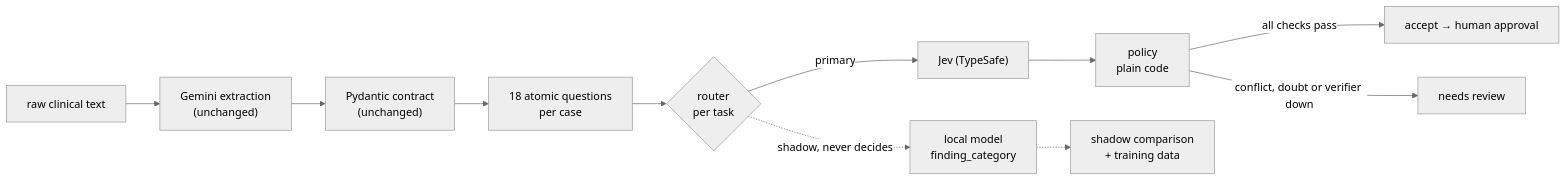
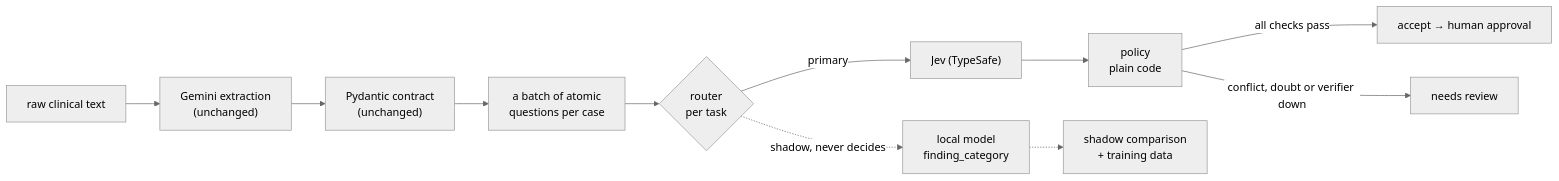
One commit to Sskutushev/eximion-clinical-case-platform changed the diagram in docs/DECISION_MODEL_MIGRATION.md. Above: the diagram before and after it, drawn with Mermaid (neutral theme). The commit also changed other lines of this file and 5 other files, not shown here.

````diff
--- a/docs/DECISION_MODEL_MIGRATION.md
+++ b/docs/DECISION_MODEL_MIGRATION.md
@@ -63,13 +63,13 @@
 ```mermaid
 flowchart LR
     RAW["raw clinical text"] --> GEM["Gemini extraction<br/>(unchanged)"]
     GEM --> PYD["Pydantic contract<br/>(unchanged)"]
-    PYD --> Q["18 atomic questions<br/>per case"]
+    PYD --> Q["a batch of atomic<br/>questions per case"]
     Q --> R{"router<br/>per task"}
     R -->|primary| JEV["Jev (TypeSafe)"]
     R -.->|shadow, never decides| LOC["local model<br/>finding_category"]
     JEV --> POL["policy<br/>plain code"]
     POL -->|"all checks pass"| ACC["accept → human approval"]
     POL -->|"conflict, doubt or verifier down"| REV["needs review"]
     LOC -.-> LOG["shadow comparison<br/>+ training data"]
 ```
````
